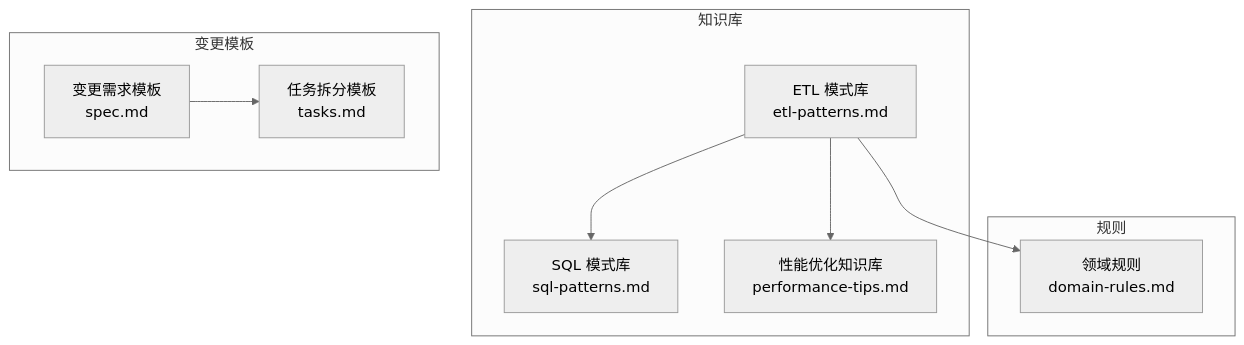
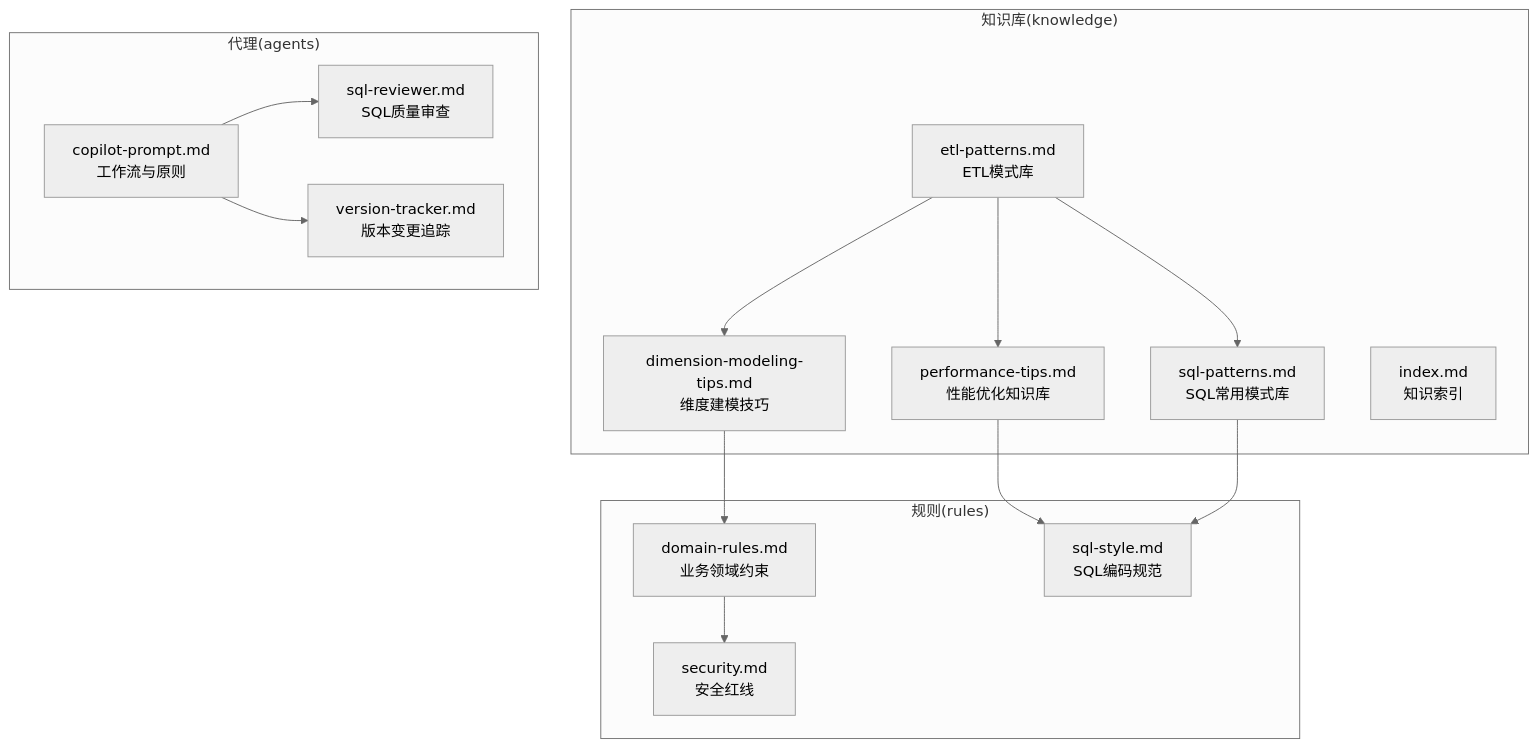
Before and after one commit to 13679659643/Data_Warehouse_Engineering: the first of 12 diagrams in .qoder/repowiki/zh/content/知识库系统/ETL模式库.md, drawn with Mermaid (neutral theme). The commit also changed other lines of this file and 88 other files, not shown here.

````diff
--- a/.qoder/repowiki/zh/content/知识库系统/ETL模式库.md
+++ b/.qoder/repowiki/zh/content/知识库系统/ETL模式库.md
@@ -36,19 +39,29 @@
 ```mermaid
 graph TB
-subgraph "知识库"
-ETL["ETL 模式库<br/>etl-patterns.md"]
-SQLP["SQL 模式库<br/>sql-patterns.md"]
-PERF["性能优化知识库<br/>performance-tips.md"]
+subgraph "知识库(knowledge)"
+ETL["etl-patterns.md<br/>ETL模式库"]
+PERF["performance-tips.md<br/>性能优化知识库"]
+SQLP["sql-patterns.md<br/>SQL常用模式库"]
+DIM["dimension-modeling-tips.md<br/>维度建模技巧"]
+IDX["index.md<br/>知识索引"]
 end
-subgraph "规则"
-DOMAIN["领域规则<br/>domain-rules.md"]
+subgraph "规则(rules)"
+DR["domain-rules.md<br/>业务领域约束"]
+SEC["security.md<br/>安全红线"]
+SS["sql-style.md<br/>SQL编码规范"]
 end
-subgraph "变更模板"
-SPEC["变更需求模板<br/>spec.md"]
-TASKS["任务拆分模板<br/>tasks.md"]
+subgraph "代理(agents)"
+CP["copilot-prompt.md<br/>工作流与原则"]
+SR["sql-reviewer.md<br/>SQL质量审查"]
+VT["version-tracker.md<br/>版本变更追踪"]
 end
+ETL --> PERF
 ETL --> SQLP
-ETL --> PERF
-ETL --> DOMAIN
-SPEC --> TASKS
+ETL --> DIM
+PERF --> SS
+SQLP --> SS
+DIM --> DR
+DR --> SEC
+CP --> SR
+CP --> VT
 ```
````
